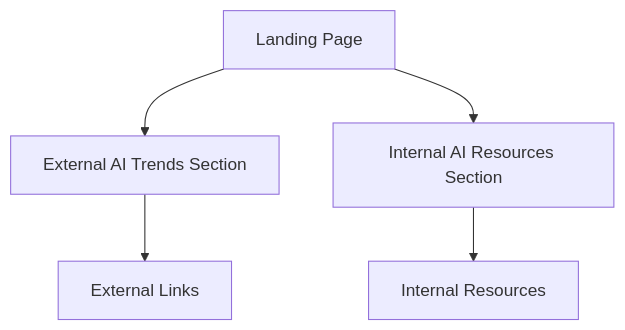
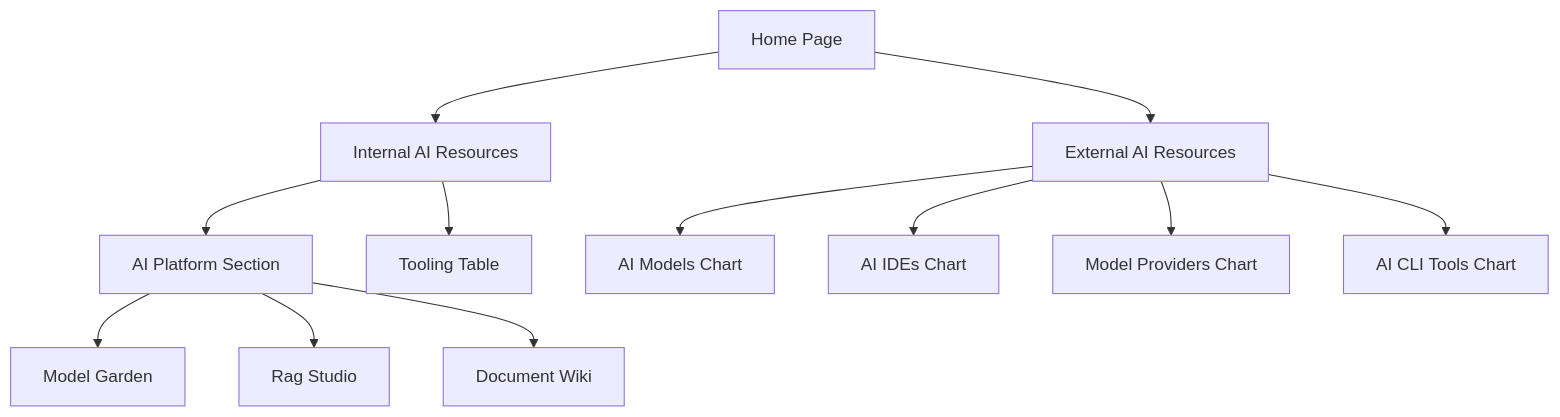
Before and after one commit to FeiWangHub/abcAICommunityCyber: the diagram in .trae/documents/abc-ai-community-prd.md, drawn with Mermaid. The commit also changed other lines of this file and 25 other files, not shown here.

````diff
--- a/.trae/documents/abc-ai-community-prd.md
+++ b/.trae/documents/abc-ai-community-prd.md
@@ -38,7 +32,14 @@
 ```mermaid
 graph TD
-  A[Landing Page] --> B[External AI Trends Section]
-  A --> C[Internal AI Resources Section]
-  B --> D[External Links]
-  C --> E[Internal Resources]
+  A[Home Page] --> B[Internal AI Resources]
+  A --> C[External AI Resources]
+  B --> D[AI Platform Section]
+  B --> E[Tooling Table]
+  D --> F[Model Garden]
+  D --> G[Rag Studio]
+  D --> H[Document Wiki]
+  C --> I[AI Models Chart]
+  C --> J[AI IDEs Chart]
+  C --> K[Model Providers Chart]
+  C --> L[AI CLI Tools Chart]
 ```
````
